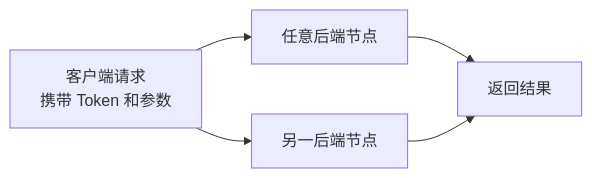
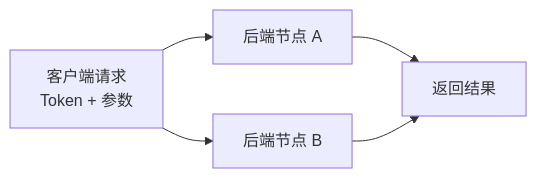
The sixth of 8 diagrams in src/content/blog/Software-Construction/Chap06.md (crashingby/homepage), drawn with Mermaid before and after one commit. The commit also changed other lines of this file and 6 other files, not shown here.

````diff
--- a/src/content/blog/Software-Construction/Chap06.md
+++ b/src/content/blog/Software-Construction/Chap06.md
@@ -422,7 +317,7 @@
 ```mermaid
 flowchart LR
-  A["客户端请求<br/>携带 Token 和参数"] --> B["任意后端节点"]
-  A --> C["另一后端节点"]
-  B --> D["返回结果"]
-  C --> D
+  Client["客户端请求<br/>Token + 参数"] --> NodeA["后端节点 A"]
+  Client --> NodeB["后端节点 B"]
+  NodeA --> Response["返回结果"]
+  NodeB --> Response
 ```
````
